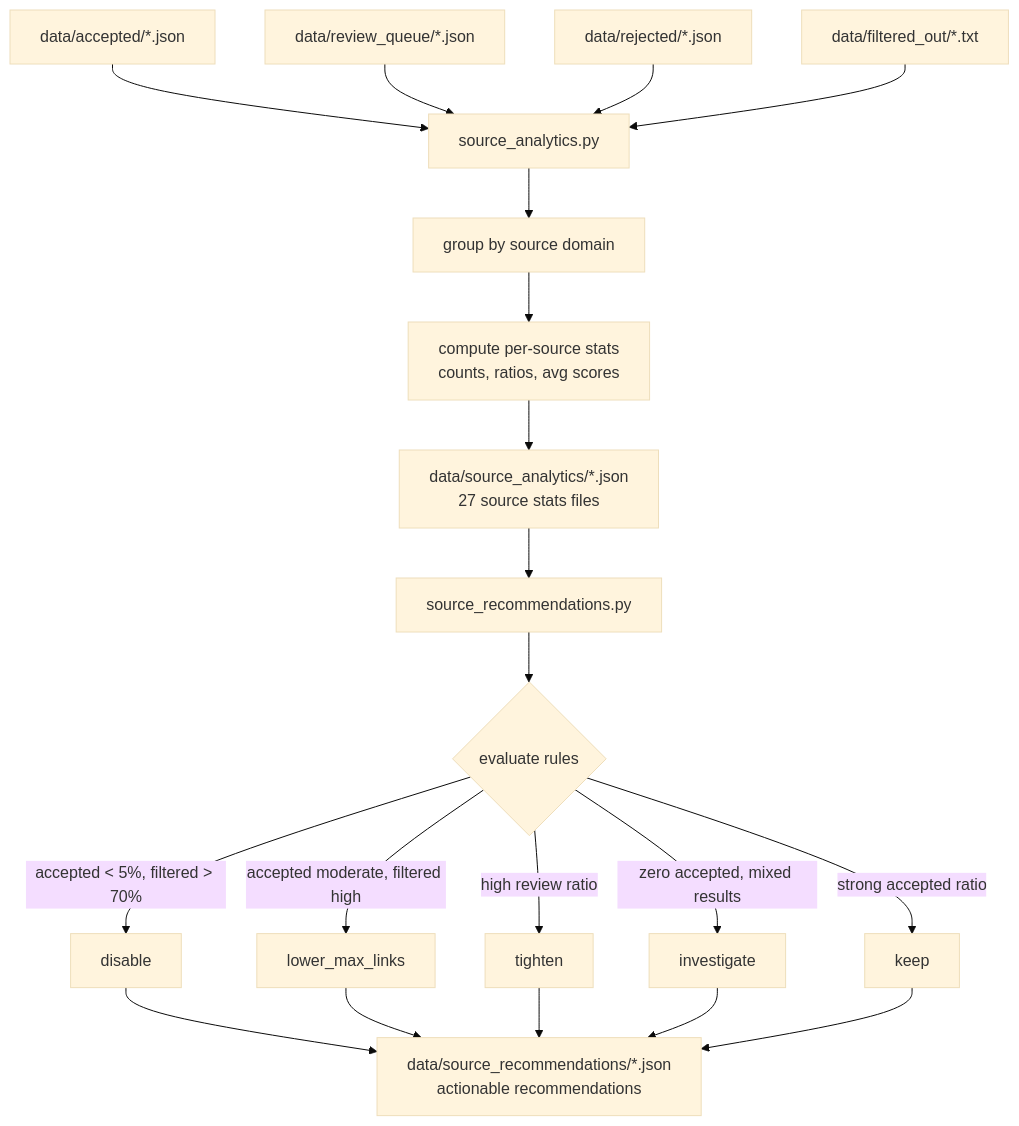
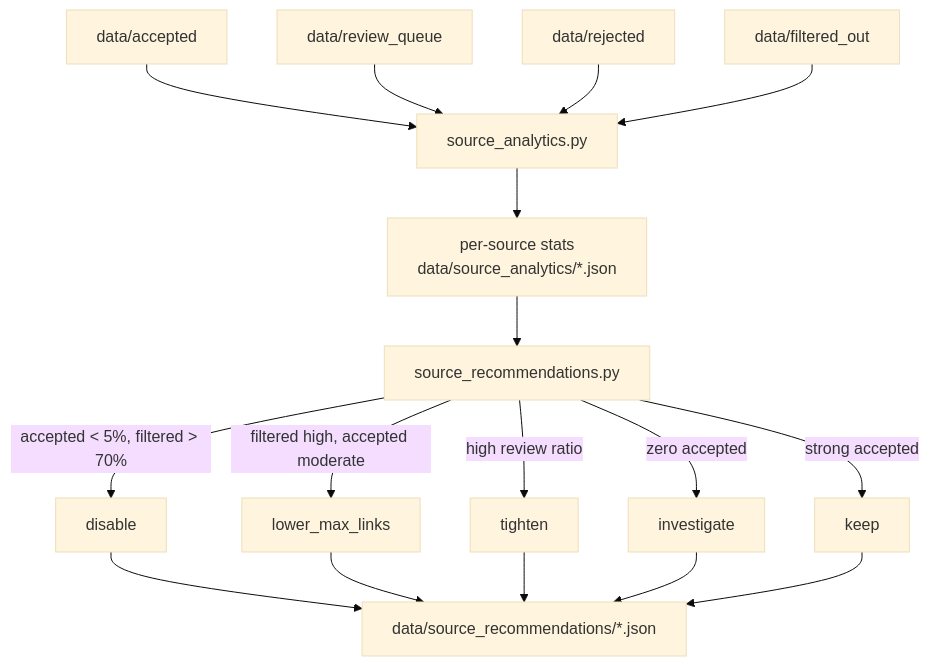
One commit to RishiJain905/Finance-Research-Archive changed diagram 14 of 16 in README.md. Above: the diagram before and after it, drawn with Mermaid (base theme). The commit also changed other lines of this file, not shown here.

First line of the commit message:
docs: update README for all 10 V3 phases complete with new mermaid diagrams

````diff
--- a/README.md
+++ b/README.md
@@ -659,23 +639,18 @@
 ```mermaid
 flowchart TD
-    A[data/accepted/*.json] --> D[source_analytics.py]
-    B[data/review_queue/*.json] --> D
-    C[data/rejected/*.json] --> D
-    E[data/filtered_out/*.txt] --> D
-    
-    D --> F[group by source domain]
-    F --> G[compute per-source stats<br/>counts, ratios, avg scores]
-    
-    G --> H[data/source_analytics/*.json<br/>27 source stats files]
-    
-    H --> I[source_recommendations.py]
-    I --> J{evaluate rules}
-    
-    J -->|accepted < 5%, filtered > 70%| K[disable]
-    J -->|accepted moderate, filtered high| L[lower_max_links]
-    J -->|high review ratio| M[tighten]
-    J -->|zero accepted, mixed results| N[investigate]
-    J -->|strong accepted ratio| O[keep]
-    
-    K & L & M & N & O --> P[data/source_recommendations/*.json<br/>actionable recommendations]
+    ACC2[data/accepted] --> SA[source_analytics.py]
+    RQ2[data/review_queue] --> SA
+    REJ2[data/rejected] --> SA
+    FO2[data/filtered_out] --> SA
+
+    SA --> STATS[per-source stats<br/>data/source_analytics/*.json]
+    STATS --> SR[source_recommendations.py]
+
+    SR -->|accepted < 5%, filtered > 70%| DIS2[disable]
+    SR -->|filtered high, accepted moderate| LOW[lower_max_links]
+    SR -->|high review ratio| TIGHT[tighten]
+    SR -->|zero accepted| INV[investigate]
+    SR -->|strong accepted| KEEP[keep]
+
+    DIS2 & LOW & TIGHT & INV & KEEP --> REC[data/source_recommendations/*.json]
 ```
````
